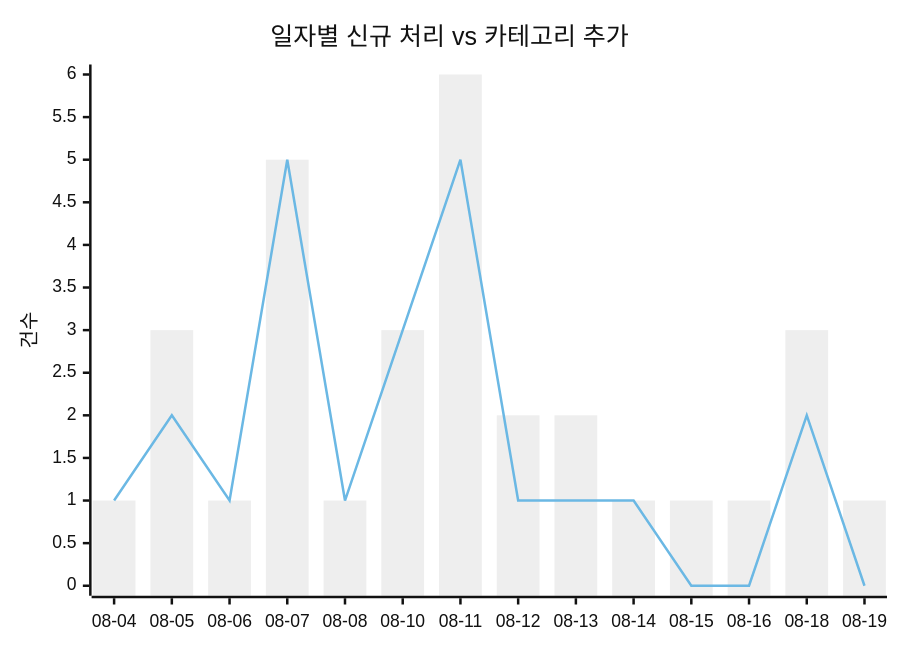
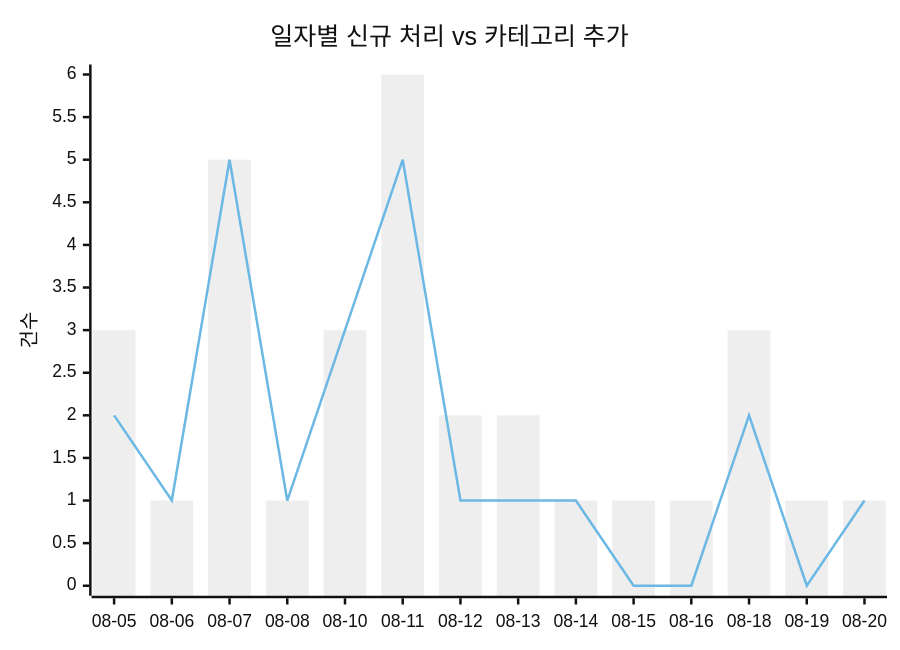
Before and after one commit to J-nowcow/awesome-korean-agent-skills: the first of 2 diagrams in docs/trends.md, drawn with Mermaid (neutral theme). The commit also changed other lines of this file and 4 other files, not shown here.

````diff
--- a/docs/trends.md
+++ b/docs/trends.md
@@ -32,8 +32,8 @@
 ```mermaid
 xychart-beta
     title "일자별 신규 처리 vs 카테고리 추가"
-    x-axis ["08-04","08-05","08-06","08-07","08-08","08-10","08-11","08-12","08-13","08-14","08-15","08-16","08-18","08-19"]
+    x-axis ["08-05","08-06","08-07","08-08","08-10","08-11","08-12","08-13","08-14","08-15","08-16","08-18","08-19","08-20"]
     y-axis "건수"
-    bar [1,3,1,5,1,3,6,2,2,1,1,1,3,1]
-    line [1,2,1,5,1,3,5,1,1,1,0,0,2,0]
+    bar [3,1,5,1,3,6,2,2,1,1,1,3,1,1]
+    line [2,1,5,1,3,5,1,1,1,0,0,2,0,1]
 ```
````
